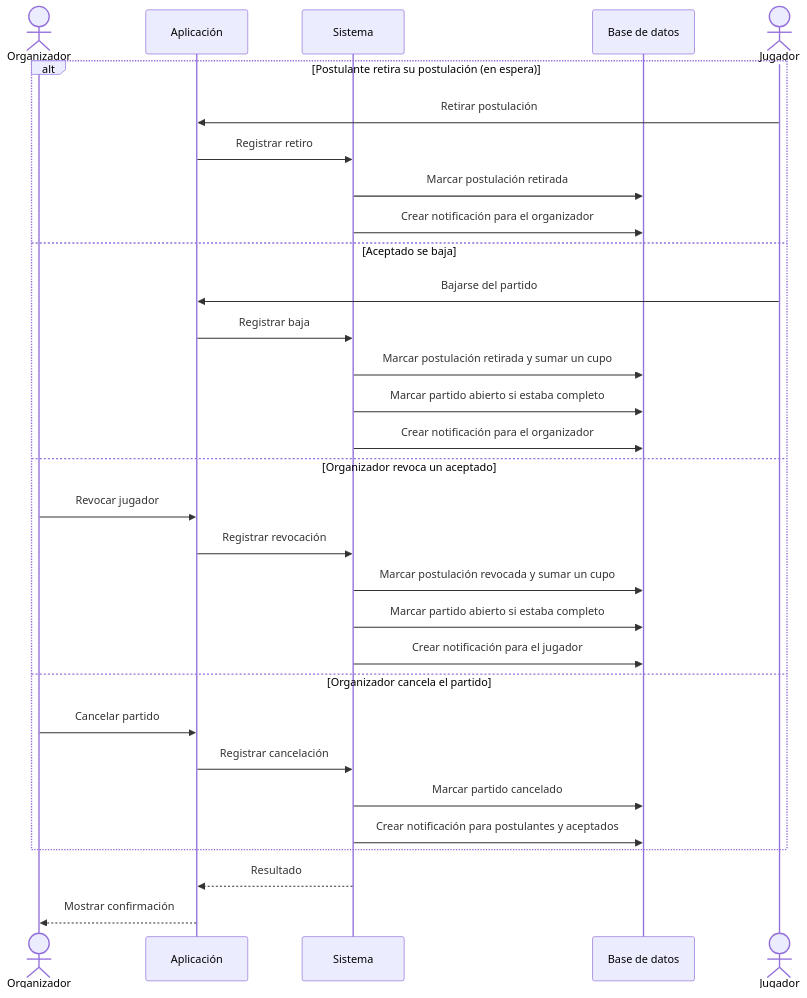
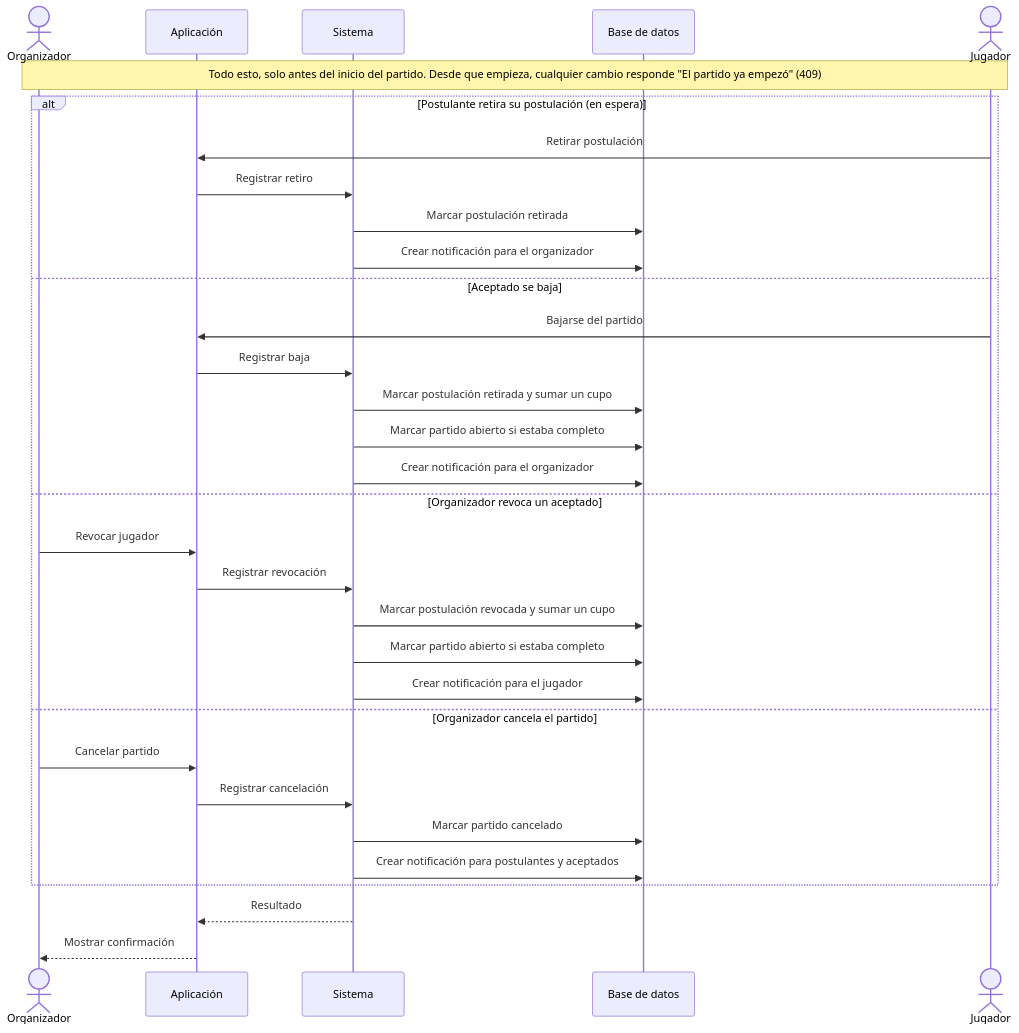
The diagram in docs/diagramas/04-cancelaciones.md (nvranco/fulvo), drawn with Mermaid before and after one commit. The commit also changed 6 other files, not shown here.

First line of the commit message:
docs: documento las reglas del partido empezado y sin aceptados

````diff
--- a/docs/diagramas/04-cancelaciones.md
+++ b/docs/diagramas/04-cancelaciones.md
@@ -3,34 +3,35 @@
 ```mermaid
 sequenceDiagram
     actor O as Organizador
     participant A as Aplicación
     participant S as Sistema
     participant BD as Base de datos
     actor J as Jugador
 
+    Note over O,J: Todo esto, solo antes del inicio del partido. Desde que empieza, cualquier cambio responde "El partido ya empezó" (409)
     alt Postulante retira su postulación (en espera)
         J->>A: Retirar postulación
         A->>S: Registrar retiro
         S->>BD: Marcar postulación retirada
         S->>BD: Crear notificación para el organizador
     else Aceptado se baja
         J->>A: Bajarse del partido
         A->>S: Registrar baja
         S->>BD: Marcar postulación retirada y sumar un cupo
         S->>BD: Marcar partido abierto si estaba completo
         S->>BD: Crear notificación para el organizador
     else Organizador revoca un aceptado
         O->>A: Revocar jugador
         A->>S: Registrar revocación
         S->>BD: Marcar postulación revocada y sumar un cupo
         S->>BD: Marcar partido abierto si estaba completo
         S->>BD: Crear notificación para el jugador
     else Organizador cancela el partido
         O->>A: Cancelar partido
         A->>S: Registrar cancelación
         S->>BD: Marcar partido cancelado
         S->>BD: Crear notificación para postulantes y aceptados
     end
     S-->>A: Resultado
     A-->>O: Mostrar confirmación
 ```
````
